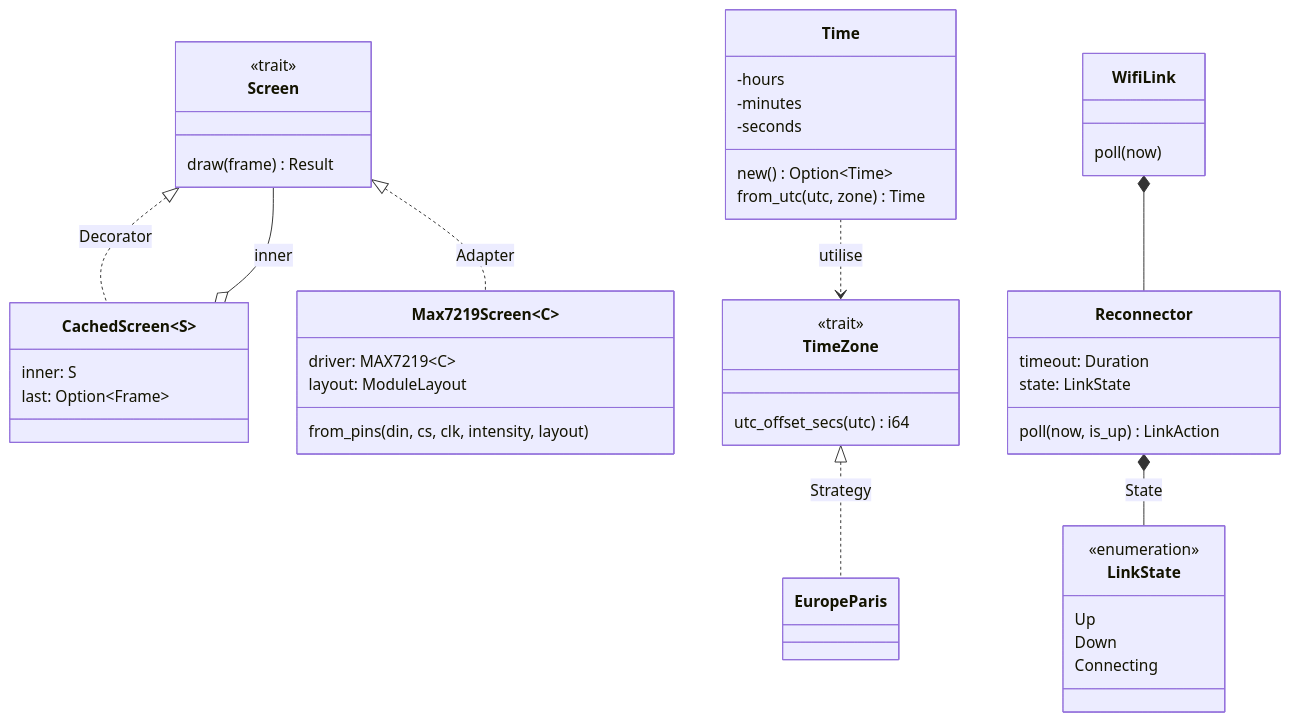
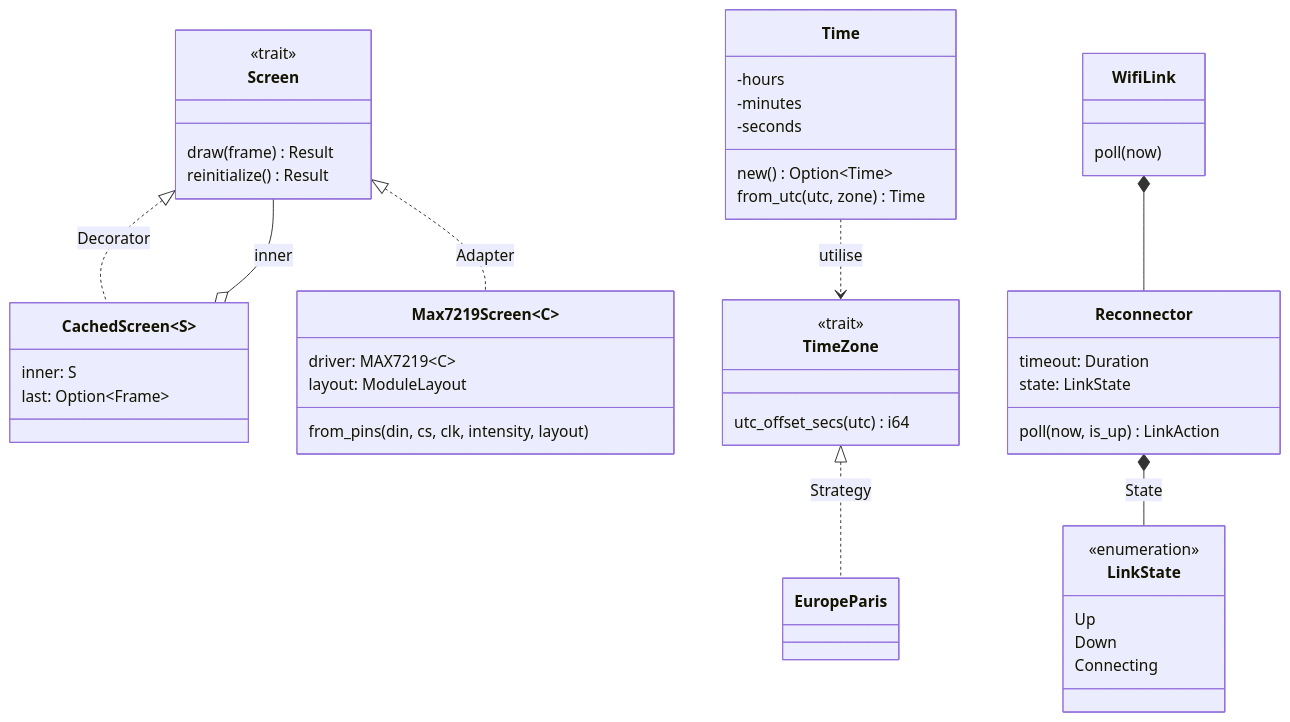
The diagram in docs/design-patterns.md (jprecigout/timeflow), drawn with Mermaid before and after one commit. The commit also changed other lines of this file and 7 other files, not shown here.

````diff
--- a/docs/design-patterns.md
+++ b/docs/design-patterns.md
@@ -8,49 +8,50 @@
 ```mermaid
 classDiagram
     class Screen {
         <<trait>>
         draw(frame) Result
+        reinitialize() Result
     }
     class CachedScreen~S~ {
         inner: S
         last: Option~Frame~
     }
     class Max7219Screen~C~ {
         driver: MAX7219~C~
         layout: ModuleLayout
         from_pins(din, cs, clk, intensity, layout)
     }
     class TimeZone {
         <<trait>>
         utc_offset_secs(utc) i64
     }
     class EuropeParis
     class Time {
         -hours
         -minutes
         -seconds
         new() Option~Time~
         from_utc(utc, zone) Time
     }
     class Reconnector {
         timeout: Duration
         state: LinkState
         poll(now, is_up) LinkAction
     }
     class LinkState {
         <<enumeration>>
         Up
         Down
         Connecting
     }
     class WifiLink {
         poll(now)
     }
     Screen <|.. CachedScreen : Decorator
     Screen <|.. Max7219Screen : Adapter
     CachedScreen o-- Screen : inner
     TimeZone <|.. EuropeParis : Strategy
     Time ..> TimeZone : utilise
     Reconnector *-- LinkState : State
     WifiLink *-- Reconnector
 ```
````
